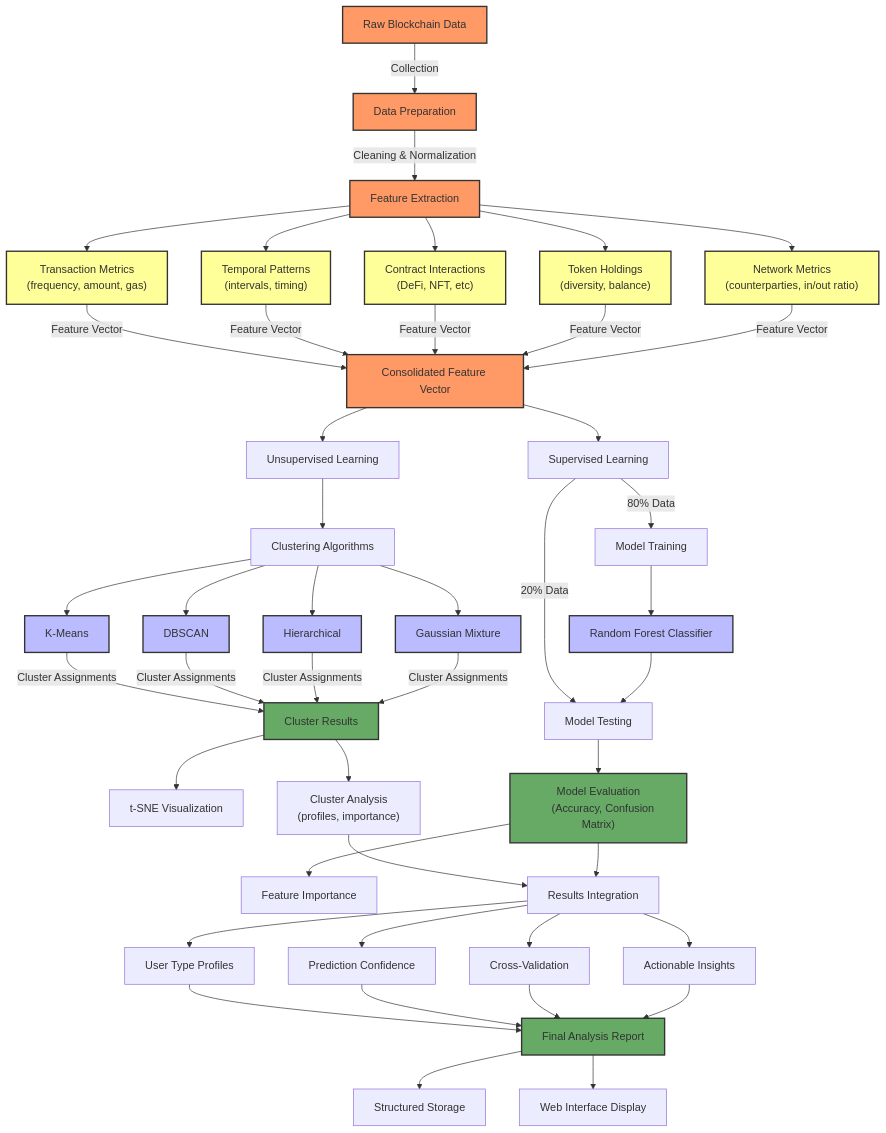
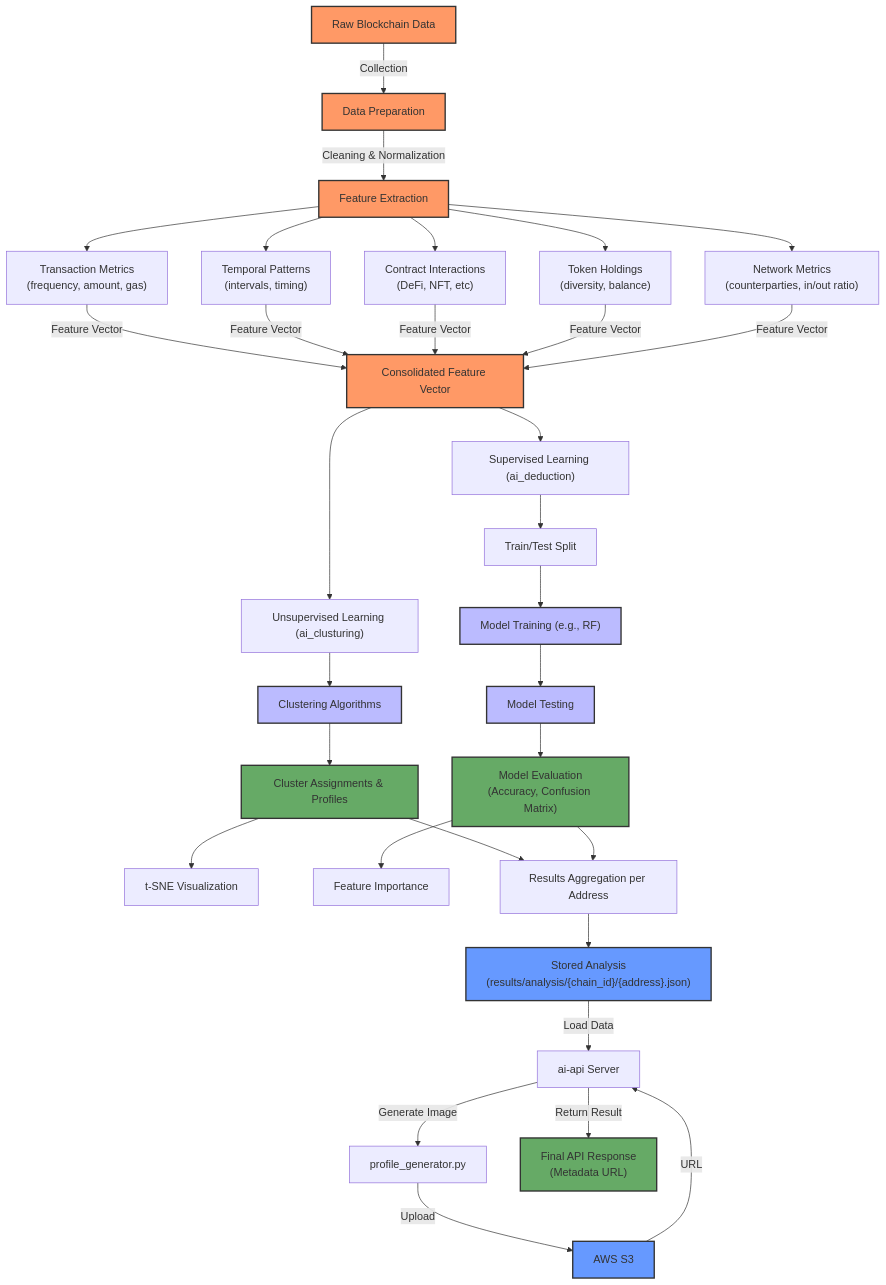
Before and after one commit to BuidlAI-AiDrop/aidrop-core: the second of 3 diagrams in README.md, drawn with Mermaid. The commit also changed other lines of this file, not shown here.

````diff
--- a/README.md
+++ b/README.md
@@ -104,70 +164,54 @@
 ```mermaid
 flowchart TB
     %% Main Data Flow
     RawData["Raw Blockchain Data"] -->|"Collection"| DataPrep["Data Preparation"]
     DataPrep -->|"Cleaning & Normalization"| FeatureExt["Feature Extraction"]
-    
+
     %% Feature Engineering Branch
-    FeatureExt --> TxMetrics["Transaction Metrics
-    (frequency, amount, gas)"]
-    FeatureExt --> TimePatterns["Temporal Patterns
-    (intervals, timing)"]
-    FeatureExt --> ContractInteract["Contract Interactions
-    (DeFi, NFT, etc)"]
-    FeatureExt --> TokenHoldings["Token Holdings
-    (diversity, balance)"]
-    FeatureExt --> NetworkMetrics["Network Metrics
-    (counterparties, in/out ratio)"]
-    
+    FeatureExt --> TxMetrics["Transaction Metrics\n(frequency, amount, gas)"]
+    FeatureExt --> TimePatterns["Temporal Patterns\n(intervals, timing)"]
+    FeatureExt --> ContractInteract["Contract Interactions\n(DeFi, NFT, etc)"]
+    FeatureExt --> TokenHoldings["Token Holdings\n(diversity, balance)"]
+    FeatureExt --> NetworkMetrics["Network Metrics\n(counterparties, in/out ratio)"]
+
     %% Feature Consolidation
     TxMetrics & TimePatterns & ContractInteract & TokenHoldings & NetworkMetrics -->|"Feature Vector"| FeatureVector["Consolidated Feature Vector"]
-    
-    %% Dual Learning Paths
-    FeatureVector --> UnsupervisedPath["Unsupervised Learning"]
-    FeatureVector --> SupervisedPath["Supervised Learning"]
-    
+
+    %% Dual Learning Paths (Executed by run_ai_models.py)
+    FeatureVector --> UnsupervisedPath["Unsupervised Learning (ai_clusturing)"]
+    FeatureVector --> SupervisedPath["Supervised Learning (ai_deduction)"]
+
     %% Unsupervised Path Details
     UnsupervisedPath --> ClusterAlgo["Clustering Algorithms"]
-    ClusterAlgo --> KMeans["K-Means"]
-    ClusterAlgo --> DBSCAN["DBSCAN"]
-    ClusterAlgo --> HCluster["Hierarchical"]
-    ClusterAlgo --> GMM["Gaussian Mixture"]
-    
-    KMeans & DBSCAN & HCluster & GMM -->|"Cluster Assignments"| ClusterResults["Cluster Results"]
-    ClusterResults --> Visualization["t-SNE Visualization"]
-    ClusterResults --> ClusterAnalysis["Cluster Analysis
-    (profiles, importance)"]
-    
+    ClusterAlgo --> ClusterResults["Cluster Assignments & Profiles"]
+    ClusterResults --> ClusterViz["t-SNE Visualization"]
+
     %% Supervised Path Details
-    SupervisedPath -->|"80% Data"| TrainModel["Model Training"]
-    SupervisedPath -->|"20% Data"| TestModel["Model Testing"]
-    
-    TrainModel --> RFModel["Random Forest Classifier"]
-    RFModel --> TestModel
-    TestModel --> ModelEval["Model Evaluation
-    (Accuracy, Confusion Matrix)"]
+    SupervisedPath --> TrainTest["Train/Test Split"]
+    TrainTest --> TrainModel["Model Training (e.g., RF)"]
+    TrainModel --> TestModel["Model Testing"]
+    TestModel --> ModelEval["Model Evaluation\n(Accuracy, Confusion Matrix)"]
     ModelEval --> FeatureImp["Feature Importance"]
-    
-    %% Integration
-    ClusterAnalysis & ModelEval --> Integration["Results Integration"]
-    Integration --> UserProfiles["User Type Profiles"]
-    Integration --> PredConfidence["Prediction Confidence"]
-    Integration --> CrossValidation["Cross-Validation"]
-    Integration --> Insights["Actionable Insights"]
-    
-    %% Final Output
-    UserProfiles & PredConfidence & CrossValidation & Insights --> FinalOutput["Final Analysis Report"]
-    FinalOutput --> Storage["Structured Storage"]
-    FinalOutput --> WebDisplay["Web Interface Display"]
-    
+
+    %% Integration & Storage (by run_ai_models.py)
+    ClusterResults & ModelEval --> Integration["Results Aggregation per Address"]
+    Integration --> PerAddressStorage["Stored Analysis\n(results/analysis/{chain_id}/{address}.json)"]
+
+    %% API Server Usage
+    PerAddressStorage -->|Load Data| APIServer["ai-api Server"]
+    APIServer -->|Generate Image| ProfileGenAPI["profile_generator.py"]
+    ProfileGenAPI -->|Upload| S3Storage["AWS S3"]
+    S3Storage -->|URL| APIServer
+    APIServer -->|Return Result| APIResponse["Final API Response\n(Metadata URL)"]
+
     %% Styling
     classDef dataFlow fill:#f96,stroke:#333,stroke-width:2px;
     classDef algorithms fill:#bbf,stroke:#333,stroke-width:2px;
     classDef results fill:#6a6,stroke:#333,stroke-width:2px;
-    classDef features fill:#ff9,stroke:#333,stroke-width:2px;
-    
+    classDef storage fill:#69f,stroke:#333,stroke-width:2px;
+
     class RawData,DataPrep,FeatureExt,FeatureVector dataFlow;
-    class KMeans,DBSCAN,HCluster,GMM,RFModel algorithms;
-    class ClusterResults,ModelEval,FinalOutput results;
-    class TxMetrics,TimePatterns,ContractInteract,TokenHoldings,NetworkMetrics features;
+    class ClusterAlgo,TrainModel,TestModel algorithms;
+    class ClusterResults,ModelEval,APIResponse results;
+    class PerAddressStorage,S3Storage storage;
 ```
````
